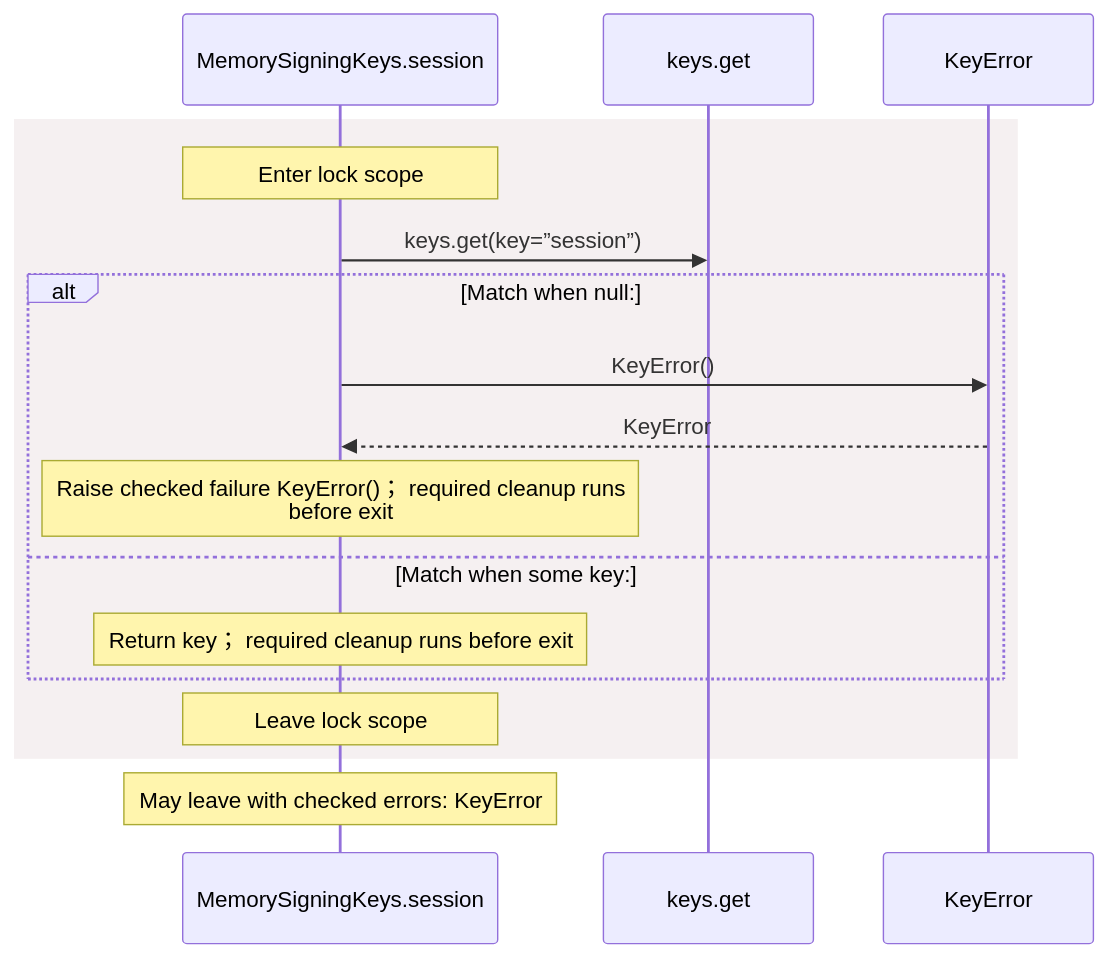
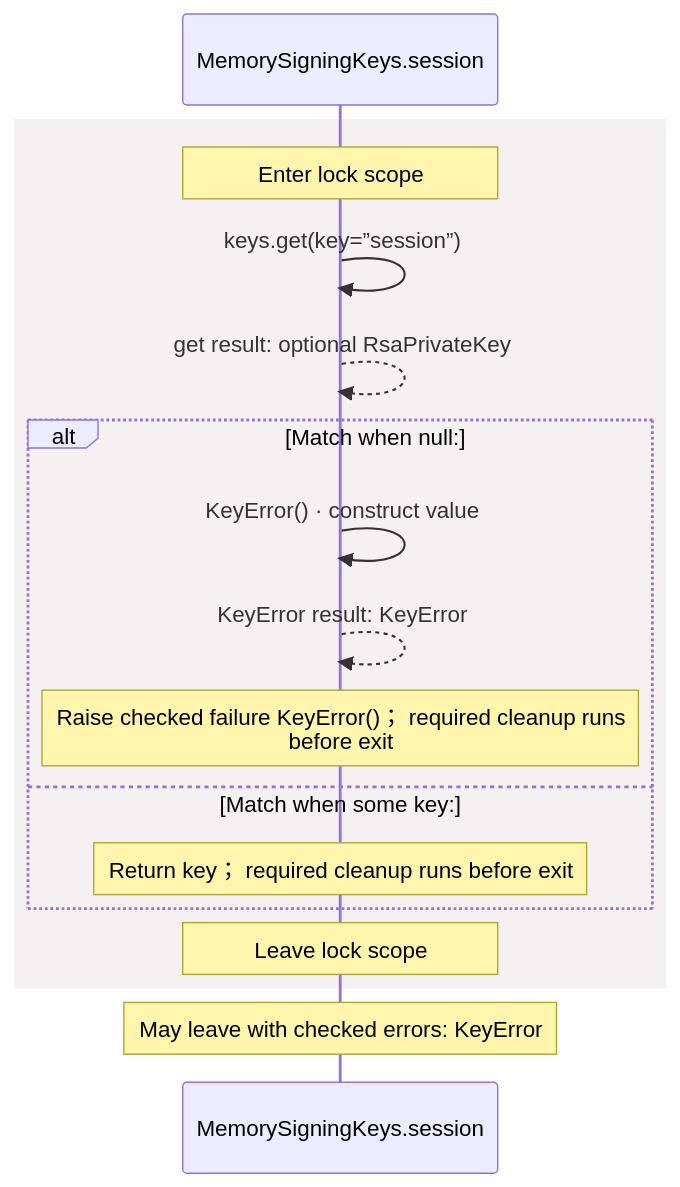
Before and after one commit to GreenPandaStudios/augscript: the fifth of 6 diagrams in docs/examples/oidc-login/common/keys-diagrams.md, drawn with Mermaid. The commit also changed other lines of this file and 304 other files, not shown here.

Commit message:
Make generated data-flow sequences concise and review every diagram

````diff
--- a/docs/examples/oidc-login/common/keys-diagrams.md
+++ b/docs/examples/oidc-login/common/keys-diagrams.md
@@ -164,19 +140,19 @@
 ```mermaid
 sequenceDiagram
     participant p0 as MemorySigningKeys.session
-    participant p1 as keys.get
-    participant p2 as KeyError
+
     rect rgb(245, 240, 241)
     Note over p0: Enter lock scope
-    p0->>p1: keys.get(key=”session”)
+    p0->>p0: keys.get(key=”session”)
+    p0-->>p0: get result: optional RsaPrivateKey
     alt Match when null:
-    p0->>p2: KeyError()
-    p2-->>p0: KeyError
+    p0->>p0: KeyError() · construct value
+    p0-->>p0: KeyError result: KeyError
     Note over p0: Raise checked failure KeyError()； required cleanup runs<br/>before exit
     else Match when some key:
     Note over p0: Return key； required cleanup runs before exit
     end
     Note over p0: Leave lock scope
     end
     Note over p0: May leave with checked errors: KeyError
 ```
````
